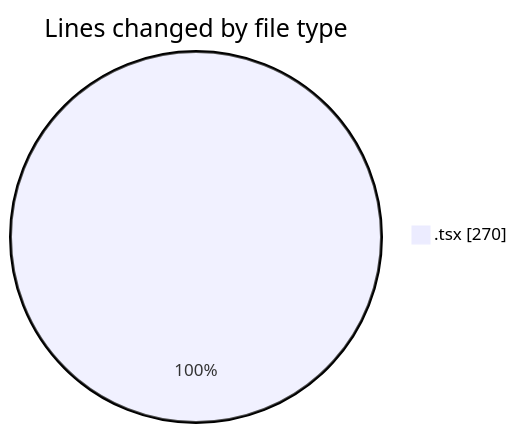
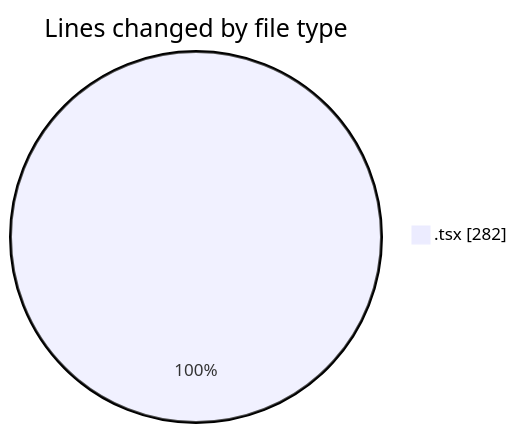
The first of 2 diagrams in 2025-05-06/niten/README.md (Elitesun/code-tracking), drawn with Mermaid before and after one commit. The commit also changed other lines of this file and 1 other file, not shown here.

````diff
--- a/2025-05-06/niten/README.md
+++ b/2025-05-06/niten/README.md
@@ -23,5 +23,5 @@
 ```mermaid
 pie showData
 title Lines changed by file type
-".tsx" : 270
+".tsx" : 282
 ```
````
